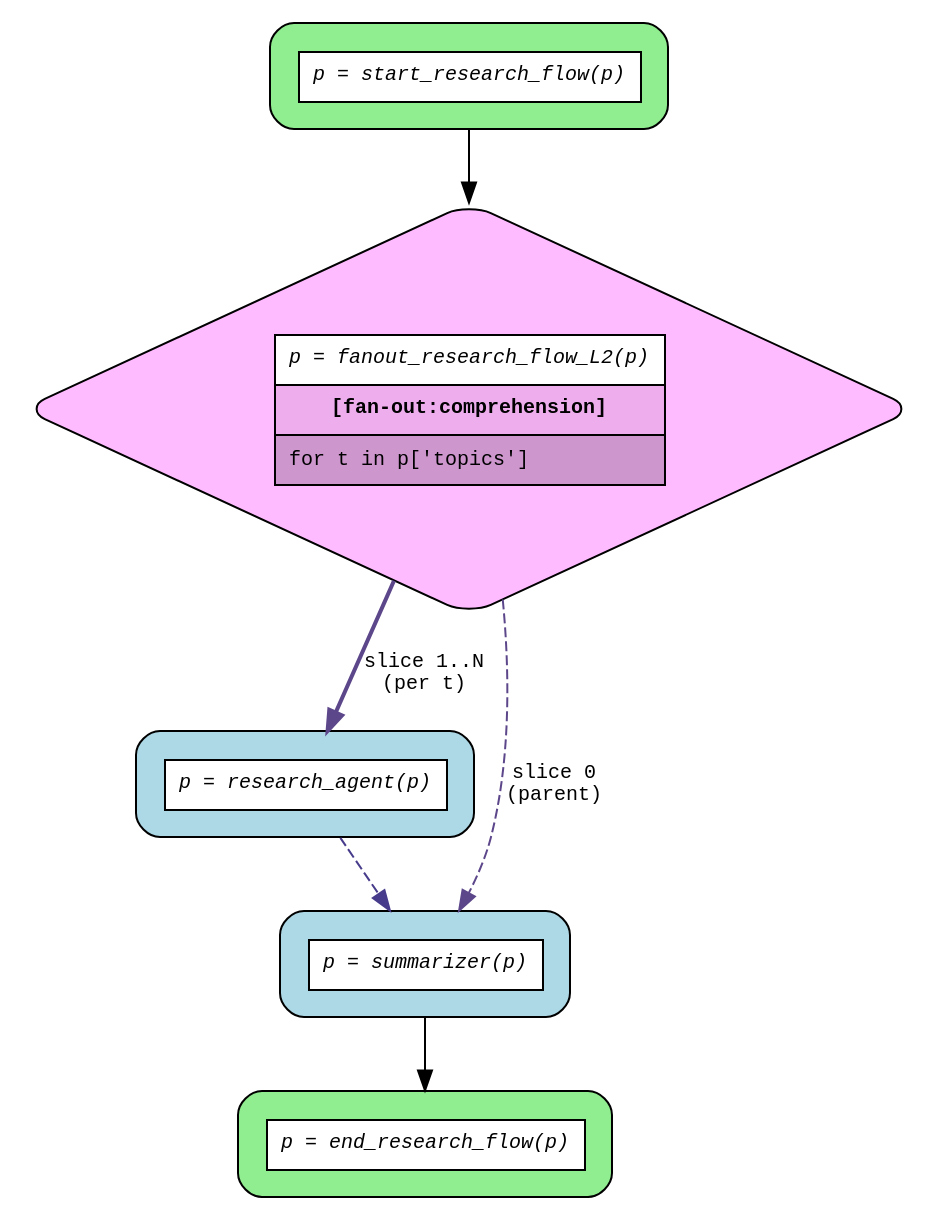
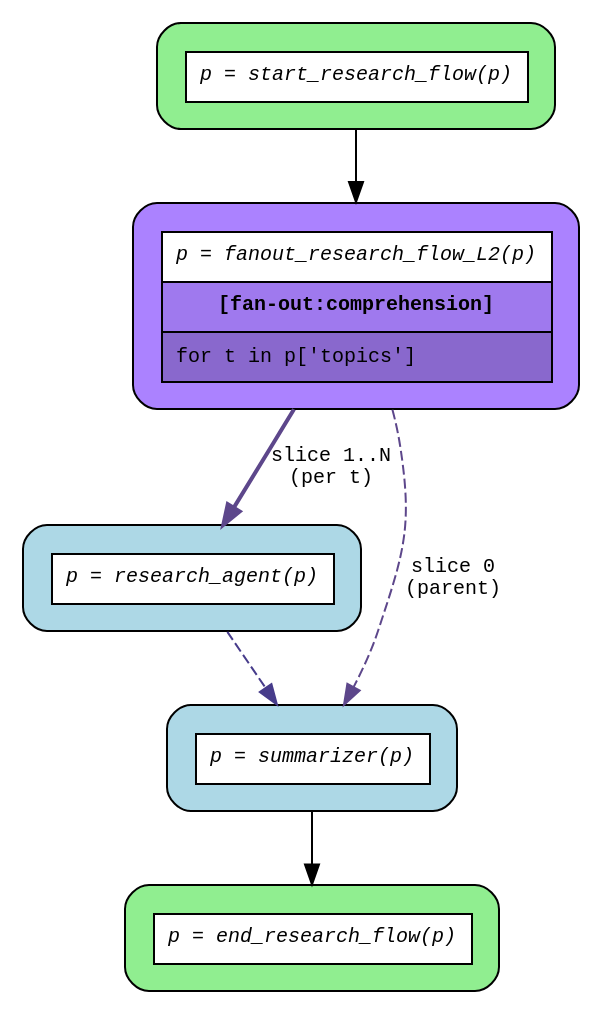
Before and after one commit to deliveryhero/asya: the diagram in src/asya-testing/asya_testing/flows/research_flow/compiled/flow.dot, drawn with Graphviz. The commit also changed 13 other files, not shown here.

```diff
--- a/src/asya-testing/asya_testing/flows/research_flow/compiled/flow.dot
+++ b/src/asya-testing/asya_testing/flows/research_flow/compiled/flow.dot
@@ -1,18 +1,18 @@
 digraph flow {
   rankdir=TB;
   graph [fontname="Courier", fontsize=10];
   node [fontname="Courier", fontsize=10, shape=box, style="filled,rounded", margin="0.2"];
   edge [fontname="Courier", fontsize=10];
 
   start_research_flow [fillcolor="lightgreen", label=<<table border="0" cellspacing="0" cellpadding="6" cellborder="1"><tr><td bgcolor="white" align="center"><i>p = start_research_flow(p)</i></td></tr></table>>];
-  fanout_research_flow_L2 [fillcolor="plum1", label=<<table border="0" cellspacing="0" cellpadding="6" cellborder="1"><tr><td bgcolor="white" align="center"><i>p = fanout_research_flow_L2(p)</i></td></tr><tr><td bgcolor="plum2" align="center"><b>[fan-out:comprehension]</b></td></tr><tr><td bgcolor="plum3" align="left">for t in p['topics']</td></tr></table>>, shape=diamond];
+  fanout_research_flow_L2 [fillcolor="mediumpurple1", label=<<table border="0" cellspacing="0" cellpadding="6" cellborder="1"><tr><td bgcolor="white" align="center"><i>p = fanout_research_flow_L2(p)</i></td></tr><tr><td bgcolor="mediumpurple2" align="center"><b>[fan-out:comprehension]</b></td></tr><tr><td bgcolor="mediumpurple3" align="left">for t in p['topics']</td></tr></table>>];
   end_research_flow [fillcolor="lightgreen", label=<<table border="0" cellspacing="0" cellpadding="6" cellborder="1"><tr><td bgcolor="white" align="center"><i>p = end_research_flow(p)</i></td></tr></table>>];
   research_agent [fillcolor="lightblue", label=<<table border="0" cellspacing="0" cellpadding="6" cellborder="1"><tr><td bgcolor="white" align="center"><i>p = research_agent(p)</i></td></tr></table>>];
   summarizer [fillcolor="lightblue", label=<<table border="0" cellspacing="0" cellpadding="6" cellborder="1"><tr><td bgcolor="white" align="center"><i>p = summarizer(p)</i></td></tr></table>>];
 
   fanout_research_flow_L2 -> research_agent [color=mediumpurple4, label="slice 1..N\n(per t)", style=bold];
   fanout_research_flow_L2 -> summarizer [color=mediumpurple4, label="slice 0\n(parent)", style=dashed];
   research_agent -> summarizer [color=slateblue4, style=dashed];
   start_research_flow -> fanout_research_flow_L2;
   summarizer -> end_research_flow;
 }
```
